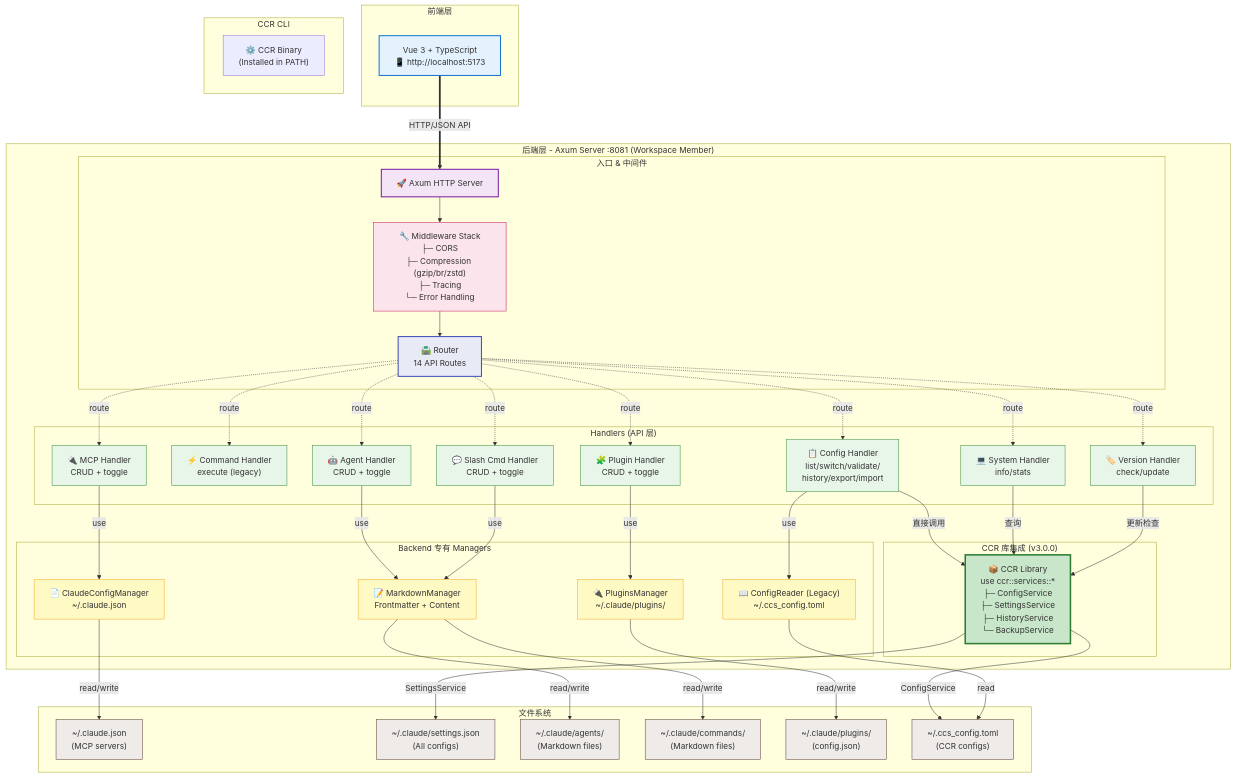
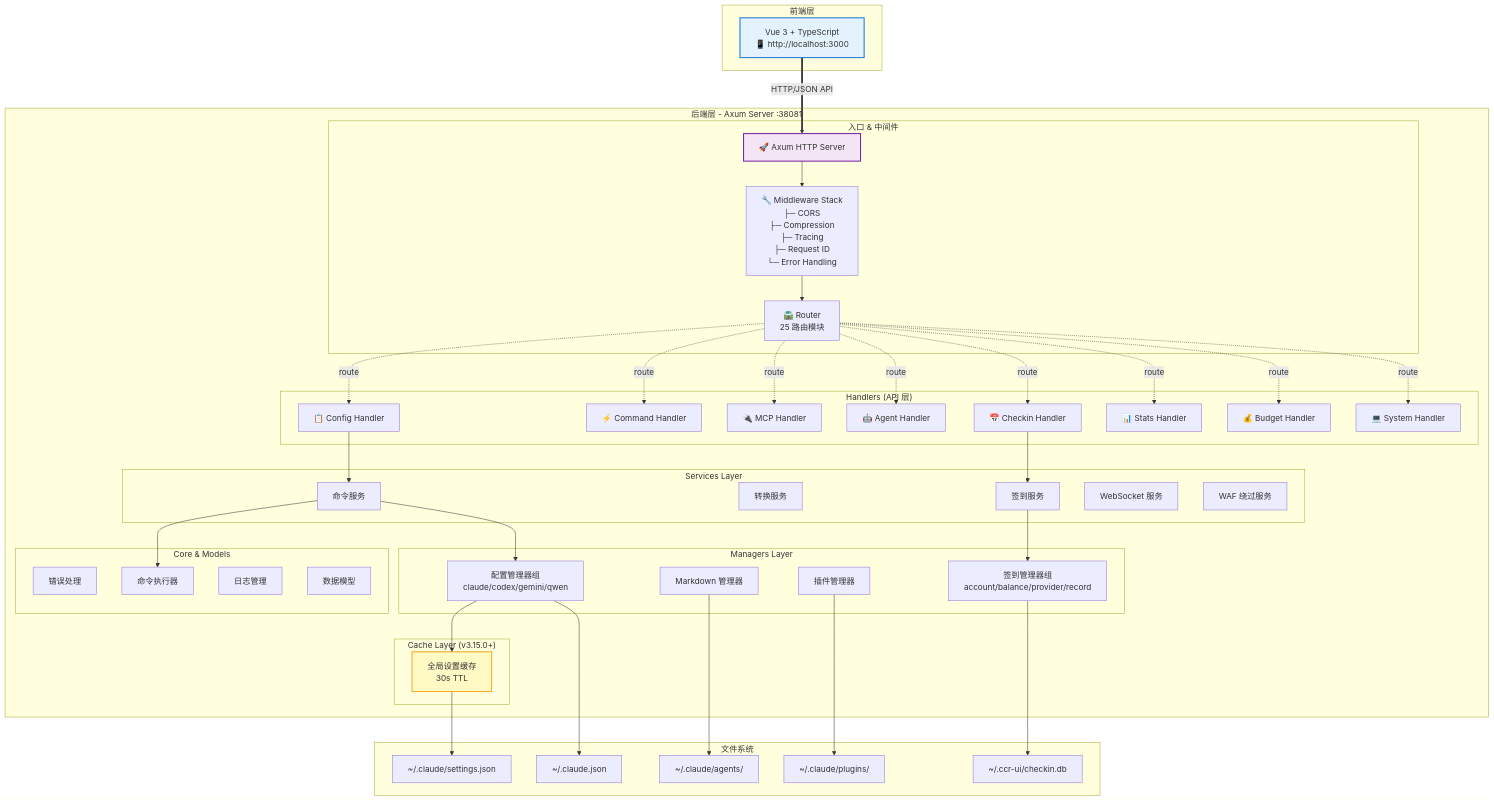
One commit to bahayonghang/ccr changed the diagram in ccr-ui/docs/reference/backend/architecture.md. Above: the diagram before and after it, drawn with Mermaid. The commit also changed other lines of this file, not shown here.

First line of the commit message:
📝 docs(ccr-ui/backend): 重构架构文档为分层架构说明

````diff
--- a/ccr-ui/docs/reference/backend/architecture.md
+++ b/ccr-ui/docs/reference/backend/architecture.md
@@ -43,50 +85,60 @@
 ```mermaid
 graph TB
     subgraph "前端层"
-        Frontend["Vue 3 + TypeScript<br/>📱 http://localhost:5173"]
+        Frontend["Vue 3 + TypeScript<br/>📱 http://localhost:3000"]
     end
     
-    subgraph "后端层 - Axum Server :8081 (Workspace Member)"
+    subgraph "后端层 - Axum Server :38081"
         subgraph "入口 & 中间件"
             Server["🚀 Axum HTTP Server"]
-            Middleware["🔧 Middleware Stack<br/>├─ CORS<br/>├─ Compression (gzip/br/zstd)<br/>├─ Tracing<br/>└─ Error Handling"]
-            Router["🛣️ Router<br/>14 API Routes"]
+            Middleware["🔧 Middleware Stack<br/>├─ CORS<br/>├─ Compression<br/>├─ Tracing<br/>├─ Request ID<br/>└─ Error Handling"]
+            Router["🛣️ Router<br/>25 路由模块"]
         end
         
         subgraph "Handlers (API 层)"
-            HConfig["📋 Config Handler<br/>list/switch/validate/<br/>history/export/import"]
-            HCommand["⚡ Command Handler<br/>execute (legacy)"]
-            HMCP["🔌 MCP Handler<br/>CRUD + toggle"]
-            HAgent["🤖 Agent Handler<br/>CRUD + toggle"]
-            HSlash["💬 Slash Cmd Handler<br/>CRUD + toggle"]
-            HPlugin["🧩 Plugin Handler<br/>CRUD + toggle"]
-            HSystem["💻 System Handler<br/>info/stats"]
-            HVersion["🏷️ Version Handler<br/>check/update"]
+            HConfig["📋 Config Handler"]
+            HCommand["⚡ Command Handler"]
+            HMCP["🔌 MCP Handler"]
+            HAgent["🤖 Agent Handler"]
+            HCheckin["📅 Checkin Handler"]
+            HStats["📊 Stats Handler"]
+            HBudget["💰 Budget Handler"]
+            HSystem["💻 System Handler"]
         end
         
-        subgraph "CCR 库集成 (v3.0.0)"
-            CCRLib["📦 CCR Library<br/>use ccr::services::*<br/>├─ ConfigService<br/>├─ SettingsService<br/>├─ HistoryService<br/>└─ BackupService"]
+        subgraph "Services Layer"
+            SCommand["命令服务"]
+            SConverter["转换服务"]
+            SCheckin["签到服务"]
+            SWebSocket["WebSocket 服务"]
+            SWAFBypass["WAF 绕过服务"]
         end
         
-        subgraph "Backend 专有 Managers"
-            MClaudeConfig["📄 ClaudeConfigManager<br/>~/.claude.json"]
-            MMarkdown["📝 MarkdownManager<br/>Frontmatter + Content"]
-            MPlugins["🔌 PluginsManager<br/>~/.claude/plugins/"]
-            MConfigReader["📖 ConfigReader (Legacy)<br/>~/.ccs_config.toml"]
+        subgraph "Managers Layer"
+            MConfig["配置管理器组<br/>claude/codex/gemini/qwen"]
+            MCheckin["签到管理器组<br/>account/balance/provider/record"]
+            MMarkdown["Markdown 管理器"]
+            MPlugins["插件管理器"]
+        end
+        
+        subgraph "Cache Layer (v3.15.0+)"
+            Cache["全局设置缓存<br/>30s TTL"]
+        end
+        
+        subgraph "Core & Models"
+            CoreError["错误处理"]
+            CoreExecutor["命令执行器"]
+            CoreLog["日志管理"]
+            Models["数据模型"]
         end
     end
     
     subgraph "文件系统"
-        FSClaudeJSON["~/.claude.json<br/>(MCP servers)"]
-        FSSettings["~/.claude/settings.json<br/>(All configs)"]
-        FSAgents["~/.claude/agents/<br/>(Markdown files)"]
-        FSCommands["~/.claude/commands/<br/>(Markdown files)"]
-        FSPlugins["~/.claude/plugins/<br/>(config.json)"]
-        FSCcsConfig["~/.ccs_config.toml<br/>(CCR configs)"]
-    end
-    
-    subgraph "CCR CLI"
-        CLI["⚙️ CCR Binary<br/>(Installed in PATH)"]
+        FSSettings["~/.claude/settings.json"]
+        FSClaudeJSON["~/.claude.json"]
+        FSAgents["~/.claude/agents/"]
+        FSPlugins["~/.claude/plugins/"]
+        FSCheckin["~/.ccr-ui/checkin.db"]
     end
     
     Frontend ==>|"HTTP/JSON API"| Server
@@ -97,39 +149,27 @@
     Router -.->|route| HCommand
     Router -.->|route| HMCP
     Router -.->|route| HAgent
-    Router -.->|route| HSlash
-    Router -.->|route| HPlugin
+    Router -.->|route| HCheckin
+    Router -.->|route| HStats
+    Router -.->|route| HBudget
     Router -.->|route| HSystem
-    Router -.->|route| HVersion
     
-    HConfig -->|"直接调用"| CCRLib
-    HConfig -->|use| MConfigReader
-    HMCP -->|use| MClaudeConfig
-    HAgent -->|use| MMarkdown
-    HSlash -->|use| MMarkdown
-    HPlugin -->|use| MPlugins
-    HSystem -->|"查询"| CCRLib
-    HVersion -->|"更新检查"| CCRLib
+    HConfig --> SCommand
+    HCheckin --> SCheckin
     
-    CCRLib -->|"ConfigService"| FSCcsConfig
-    CCRLib -->|"SettingsService"| FSSettings
-    MClaudeConfig -->|read/write| FSClaudeJSON
-    MMarkdown -->|read/write| FSAgents
-    MMarkdown -->|read/write| FSCommands
-    MPlugins -->|read/write| FSPlugins
-    MConfigReader -->|read| FSCcsConfig
+    SCommand --> MConfig
+    SCheckin --> MCheckin
+    
+    MConfig --> Cache
+    Cache --> FSSettings
+    MConfig --> FSClaudeJSON
+    MMarkdown --> FSAgents
+    MPlugins --> FSPlugins
+    MCheckin --> FSCheckin
+    
+    SCommand --> CoreExecutor
     
     style Frontend fill:#e3f2fd,stroke:#1976d2,stroke-width:2px
     style Server fill:#f3e5f5,stroke:#7b1fa2,stroke-width:2px
-    style Middleware fill:#fce4ec,stroke:#c2185b,stroke-width:1px
-    style Router fill:#e8eaf6,stroke:#3f51b5,stroke-width:2px
-    style CCRLib fill:#c8e6c9,stroke:#2e7d32,stroke-width:3px
-    
-    classDef handlerStyle fill:#e8f5e9,stroke:#388e3c,stroke-width:1px
-    classDef managerStyle fill:#fff9c4,stroke:#f9a825,stroke-width:1px
-    classDef fileStyle fill:#efebe9,stroke:#5d4037,stroke-width:1px
-    
-    class HConfig,HCommand,HMCP,HAgent,HSlash,HPlugin,HSystem,HVersion handlerStyle
-    class MClaudeConfig,MMarkdown,MPlugins,MConfigReader managerStyle
-    class FSClaudeJSON,FSSettings,FSAgents,FSCommands,FSPlugins,FSCcsConfig fileStyle
+    style Cache fill:#fff9c4,stroke:#f9a825,stroke-width:2px
 ```
````
